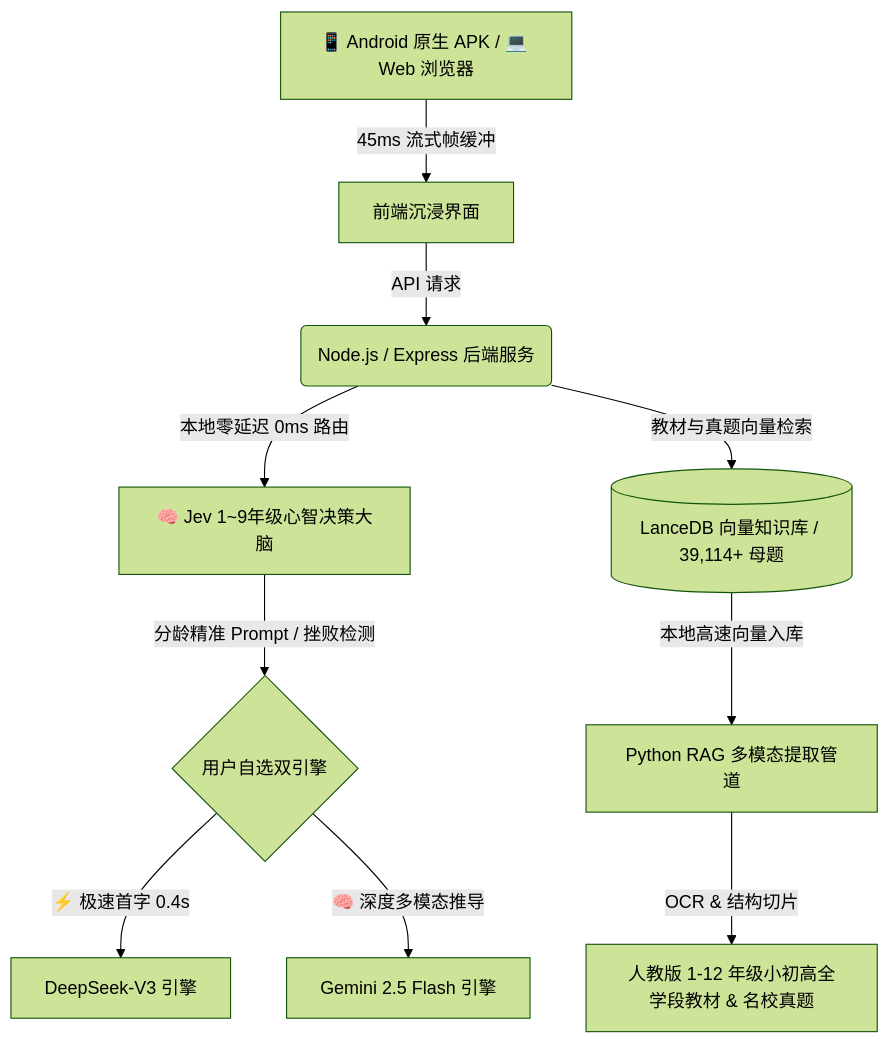
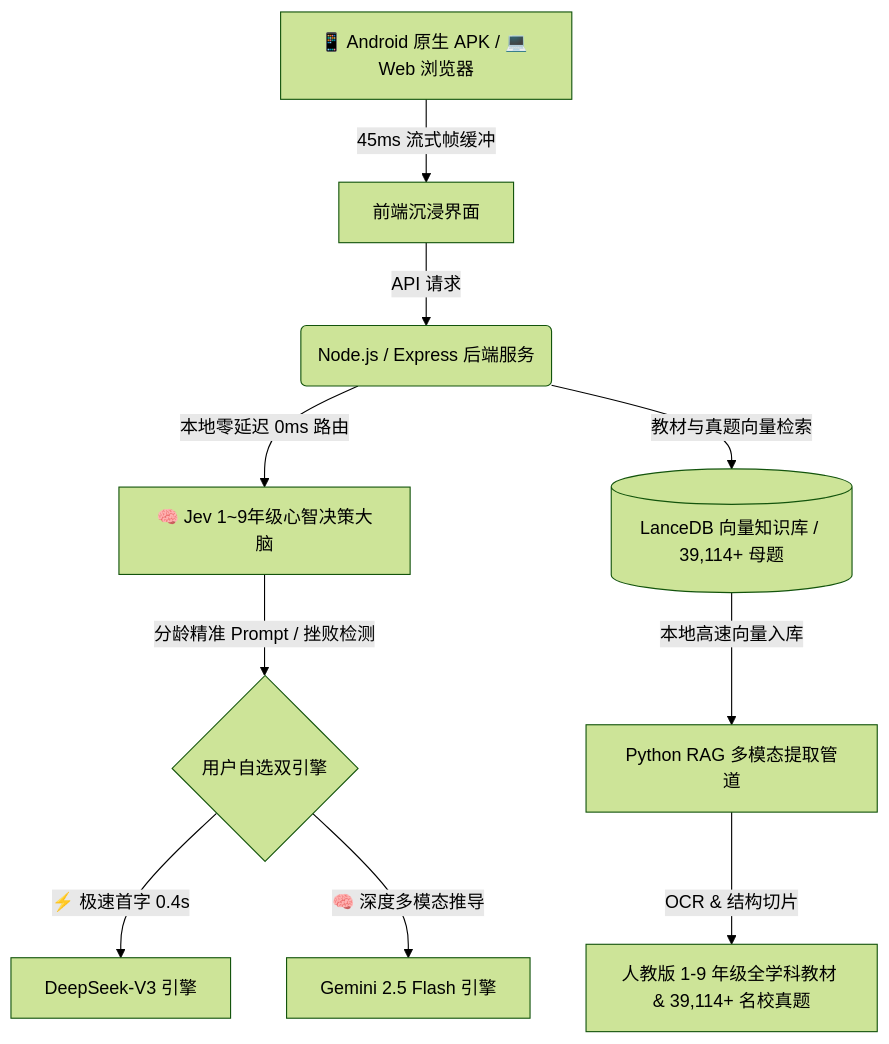
One commit to Zenglian990/AI_Tutor_Release changed the diagram in README.md. Above: the diagram before and after it, drawn with Mermaid (forest theme). The commit also changed other lines of this file, not shown here.

````diff
--- a/README.md
+++ b/README.md
@@ -176,12 +176,12 @@
 ```mermaid
 graph TD
     UserApp[📱 Android 原生 APK / 💻 Web 浏览器] -->|45ms 流式帧缓冲| ClientUI[前端沉浸界面]
     ClientUI -->|API 请求| Server(Node.js / Express 后端服务)
     Server -->|本地零延迟 0ms 路由| JevEngine[🧠 Jev 1~9年级心智决策大脑]
     JevEngine -->|分龄精准 Prompt / 挫败检测| ModelRouter{用户自选双引擎}
     ModelRouter -->|⚡ 极速首字 0.4s| DeepSeek[DeepSeek-V3 引擎]
     ModelRouter -->|🧠 深度多模态推导| Gemini[Gemini 2.5 Flash 引擎]
     Server -->|教材与真题向量检索| LanceDB[(LanceDB 向量知识库 / 39,114+ 母题)]
     LanceDB -->|本地高速向量入库| PythonRAG[Python RAG 多模态提取管道]
-    PythonRAG -->|OCR & 结构切片| Textbooks[人教版 1-12 年级小初高全学段教材 & 名校真题]
+    PythonRAG -->|OCR & 结构切片| Textbooks[人教版 1-9 年级全学科教材 & 39,114+ 名校真题]
 ```
````
